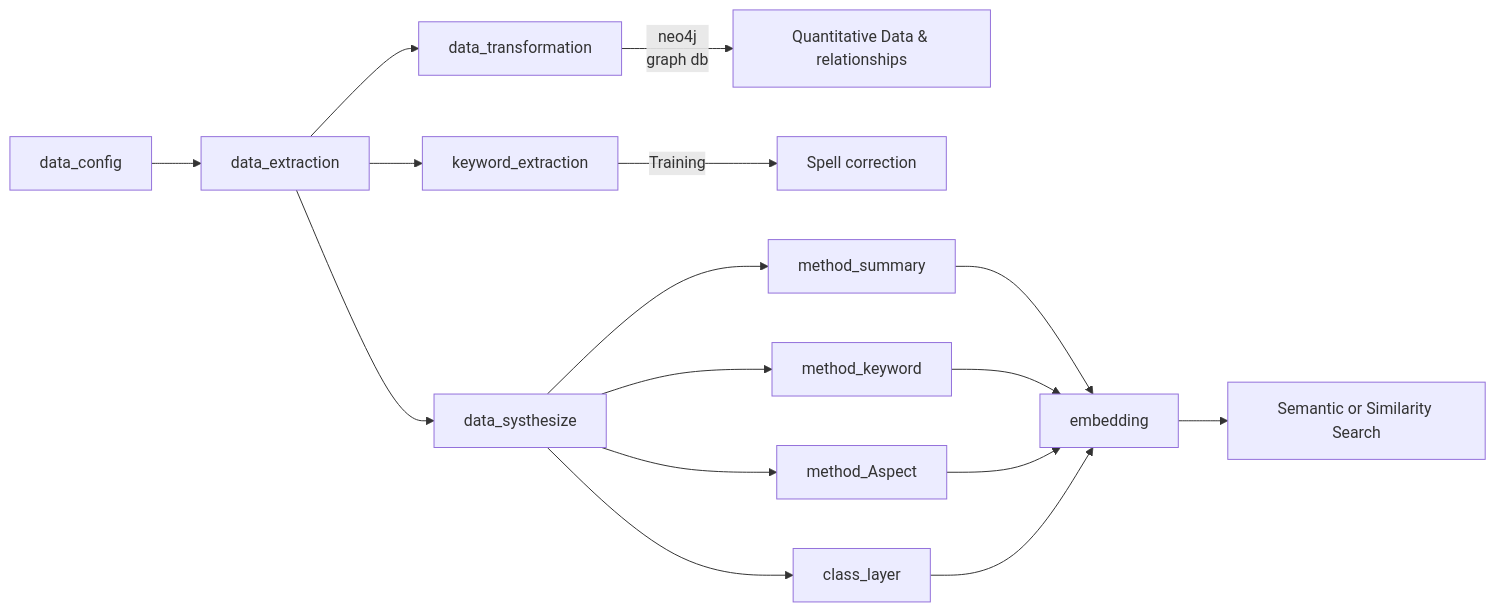
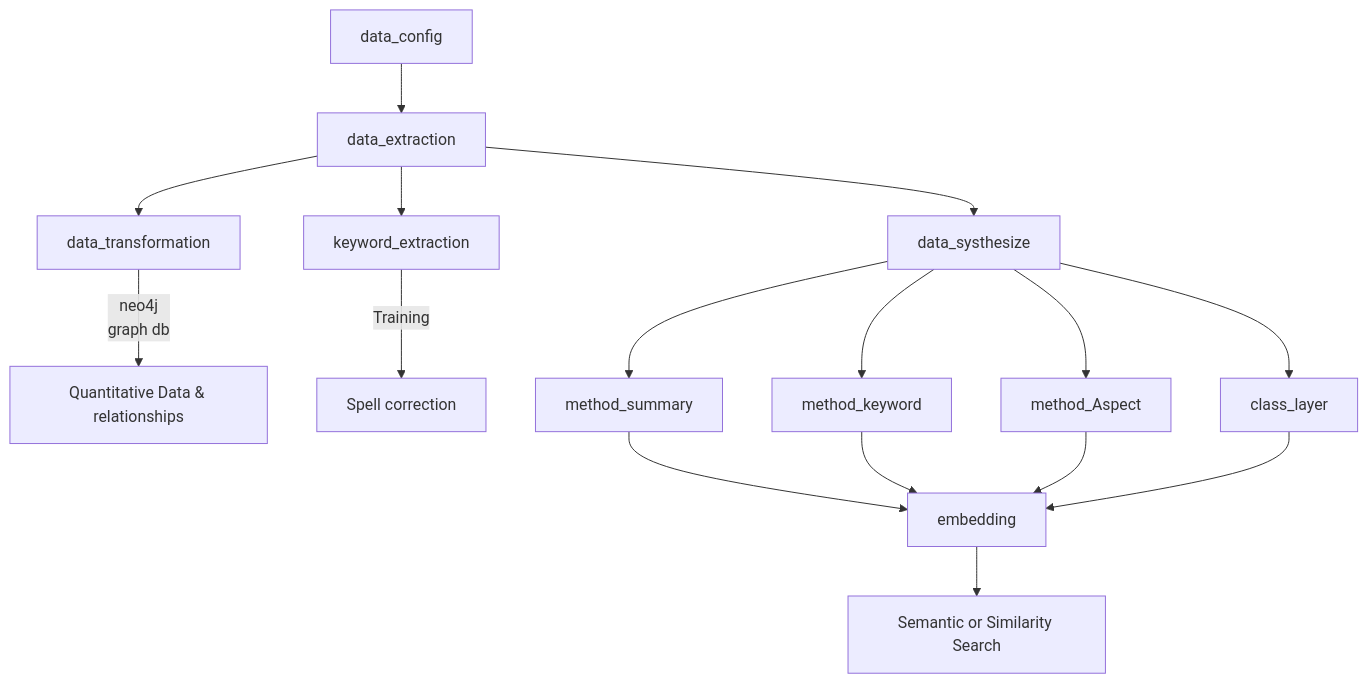
Before and after one commit to vebsun/Documentation: the second of 2 diagrams in rag-details/roughnote.md, drawn with Mermaid. The commit also changed other lines of this file, not shown here.

````diff
--- a/rag-details/roughnote.md
+++ b/rag-details/roughnote.md
@@ -297,13 +297,13 @@
 ```mermaid
-flowchart LR 
+flowchart 
 
 data_config-->data_extraction-->data_transformation-->|neo4j <br> graph db|graphdb_data_loading[Quantitative Data & relationships];
 data_extraction-->keyword_extraction-->|Training|spello[Spell correction];
 data_extraction-->data_systhesize-->method_summary-->embedding;
 data_systhesize-->method_keyword-->embedding;
 data_systhesize-->method_Aspect-->embedding;
 data_systhesize-->class_layer-->embedding;
 embedding-->vector_db[Semantic or Similarity Search];
 
 
 ```
````
